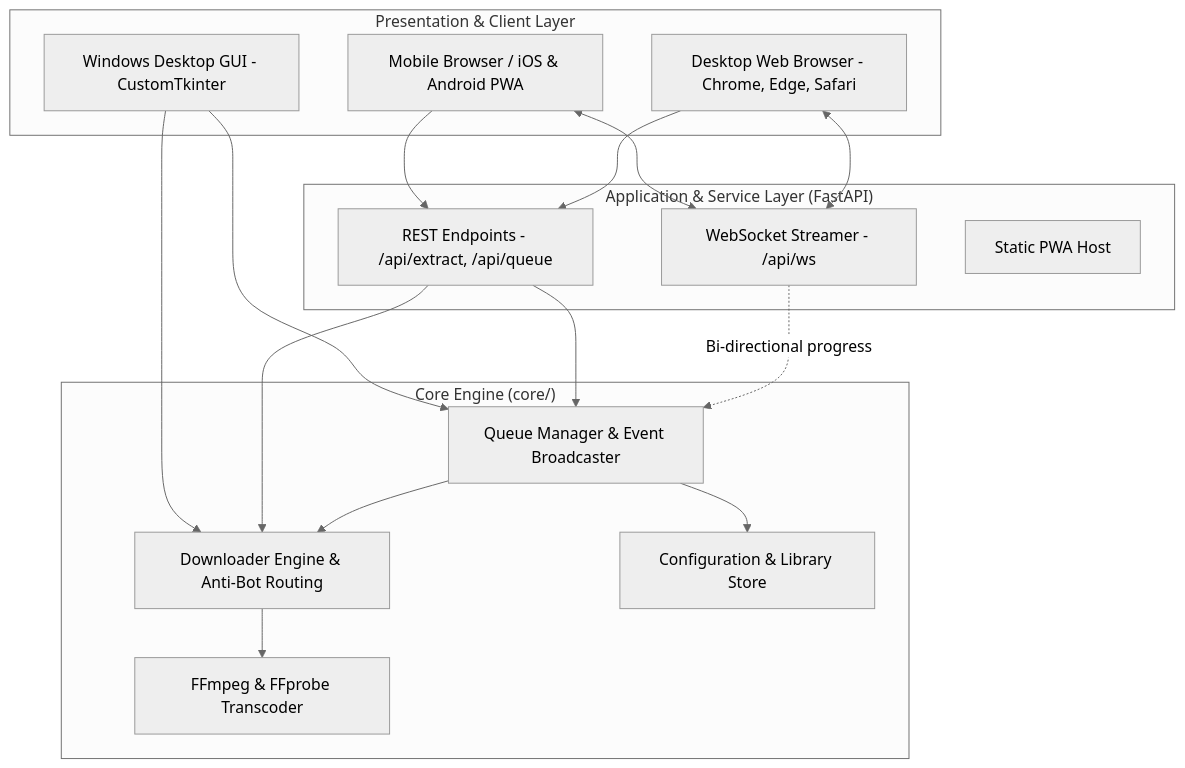
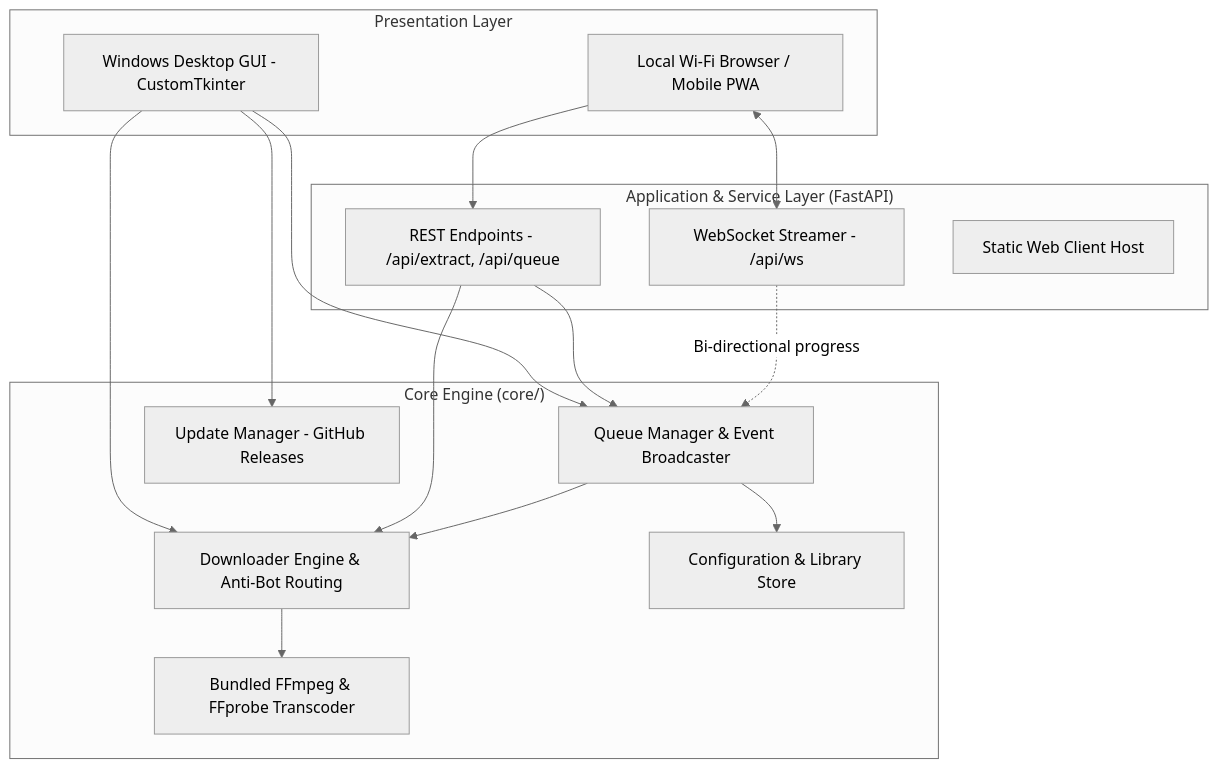
The diagram in README.md (ChimbuezeDavidbackup/argus-studio), drawn with Mermaid (neutral theme) before and after one commit. The commit also changed other lines of this file, not shown here.

Commit message:
docs: update readme with desktop-first rationale, engineering challenges, and release guide

````diff
--- a/README.md
+++ b/README.md
@@ -103,32 +63,33 @@
 ```mermaid
 flowchart TD
-    subgraph Clients["Presentation & Client Layer"]
+    subgraph Clients["Presentation Layer"]
         A[Windows Desktop GUI - CustomTkinter]
-        B[Mobile Browser / iOS & Android PWA]
-        C[Desktop Web Browser - Chrome, Edge, Safari]
+        B[Local Wi-Fi Browser / Mobile PWA]
     end
 
     subgraph Service["Application & Service Layer (FastAPI)"]
         D[REST Endpoints - /api/extract, /api/queue]
         E[WebSocket Streamer - /api/ws]
-        F[Static PWA Host]
+        F[Static Web Client Host]
     end
 
     subgraph Core["Core Engine (core/)"]
         G[Queue Manager & Event Broadcaster]
         H[Downloader Engine & Anti-Bot Routing]
-        I[FFmpeg & FFprobe Transcoder]
+        I[Bundled FFmpeg & FFprobe Transcoder]
         J[Configuration & Library Store]
+        K[Update Manager - GitHub Releases]
     end
 
     A --> G
     A --> H
-    B & C --> D
-    B & C <--> E
+    A --> K
+    B --> D
+    B <--> E
     D --> G
     D --> H
     G --> H
     H --> I
     G --> J
     E -. "Bi-directional progress" .-> G
 ```
````
